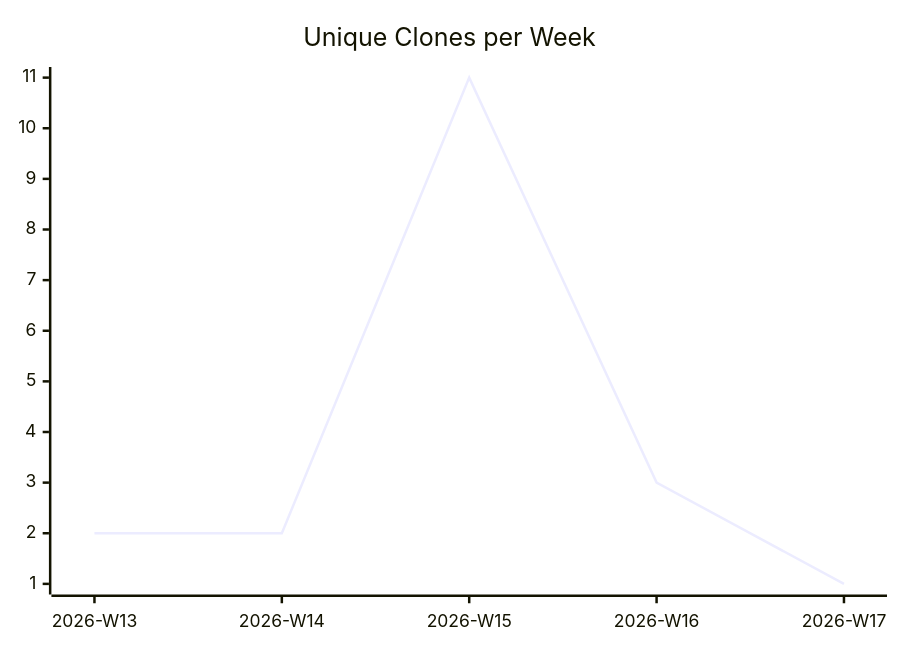
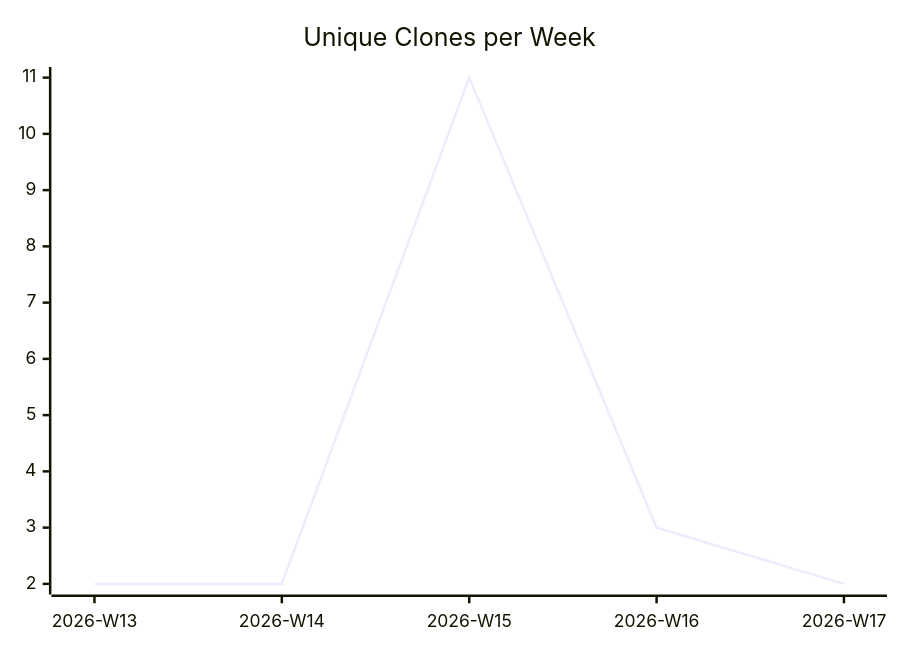
Before and after one commit to justdavis-family/github-analytics-data: the third of 3 diagrams in karlmdavis/jessentials/README.md, drawn with Mermaid. The commit also changed other lines of this file and 191 other files, not shown here.

````diff
--- a/karlmdavis/jessentials/README.md
+++ b/karlmdavis/jessentials/README.md
@@ -19,6 +19,6 @@
 ```mermaid
 xychart-beta
   title "Unique Clones per Week"
   x-axis ["2026-W13", "2026-W14", "2026-W15", "2026-W16", "2026-W17"]
-  line [2, 2, 11, 3, 1]
+  line [2, 2, 11, 3, 2]
 ```
````
